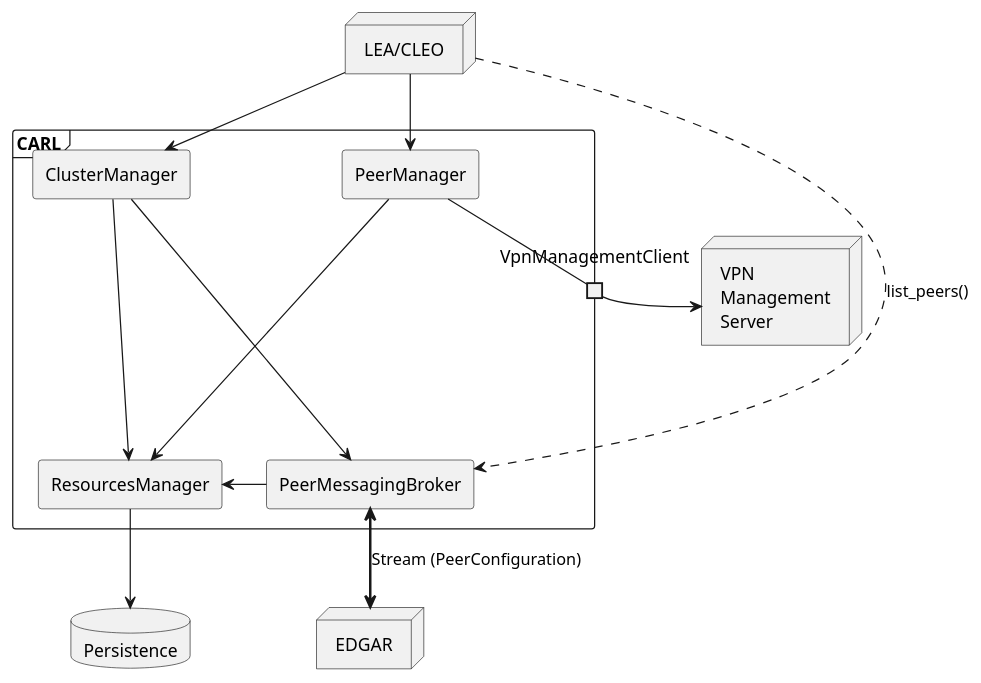
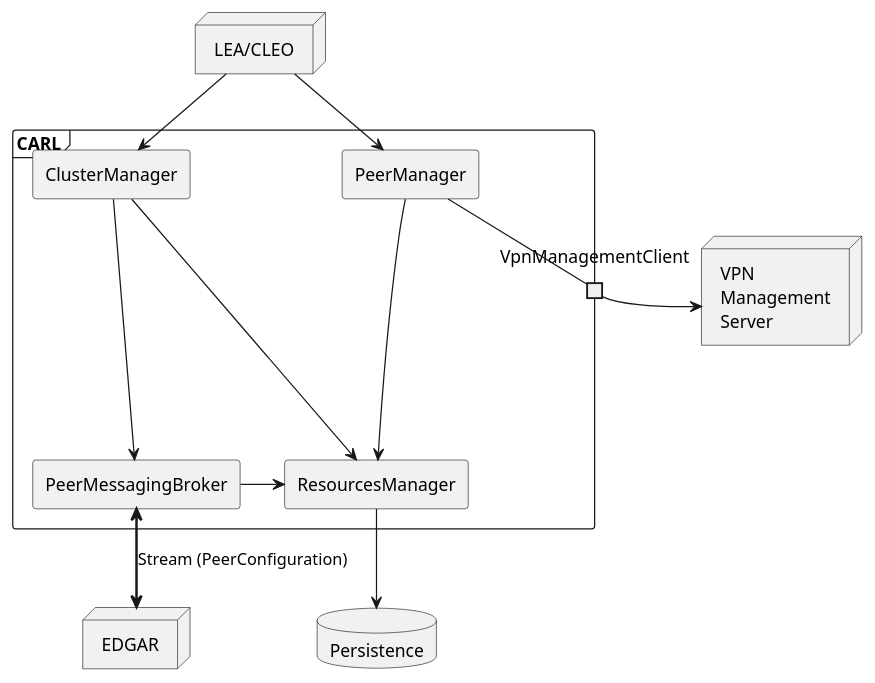
The diagram in doc/src/architecture/carl/index.md (eclipse-opendut/opendut), drawn with PlantUML before and after one commit. The commit also changed 3 other files, not shown here.

Commit message:
Issue-277: deprecated peer_messaging_broker list_peers endpoint

````diff
--- a/doc/src/architecture/carl/index.md
+++ b/doc/src/architecture/carl/index.md
@@ -3,32 +3,31 @@
 ```plantuml
 @startuml
 node "LEA/CLEO" as UI
 
 frame CARL {
   agent ClusterManager
   agent PeerManager
   portout VpnManagementClient
   agent PeerMessagingBroker
   agent ResourcesManager
 }
 node "VPN\nManagement\nServer" as VpnManagementServer
 node EDGAR
 database Persistence
 
 UI --> ClusterManager
 UI --> PeerManager
-UI ...> PeerMessagingBroker : list_peers()
 
 ClusterManager --> PeerMessagingBroker
 ClusterManager ---> ResourcesManager
 PeerManager -- VpnManagementClient
 PeerManager ---> ResourcesManager
 ResourcesManager <- PeerMessagingBroker
 ResourcesManager --> Persistence
 
 PeerMessagingBroker <==> EDGAR : Stream (PeerConfiguration)
 
 VpnManagementClient -> VpnManagementServer
 
 @enduml
 ```
````
